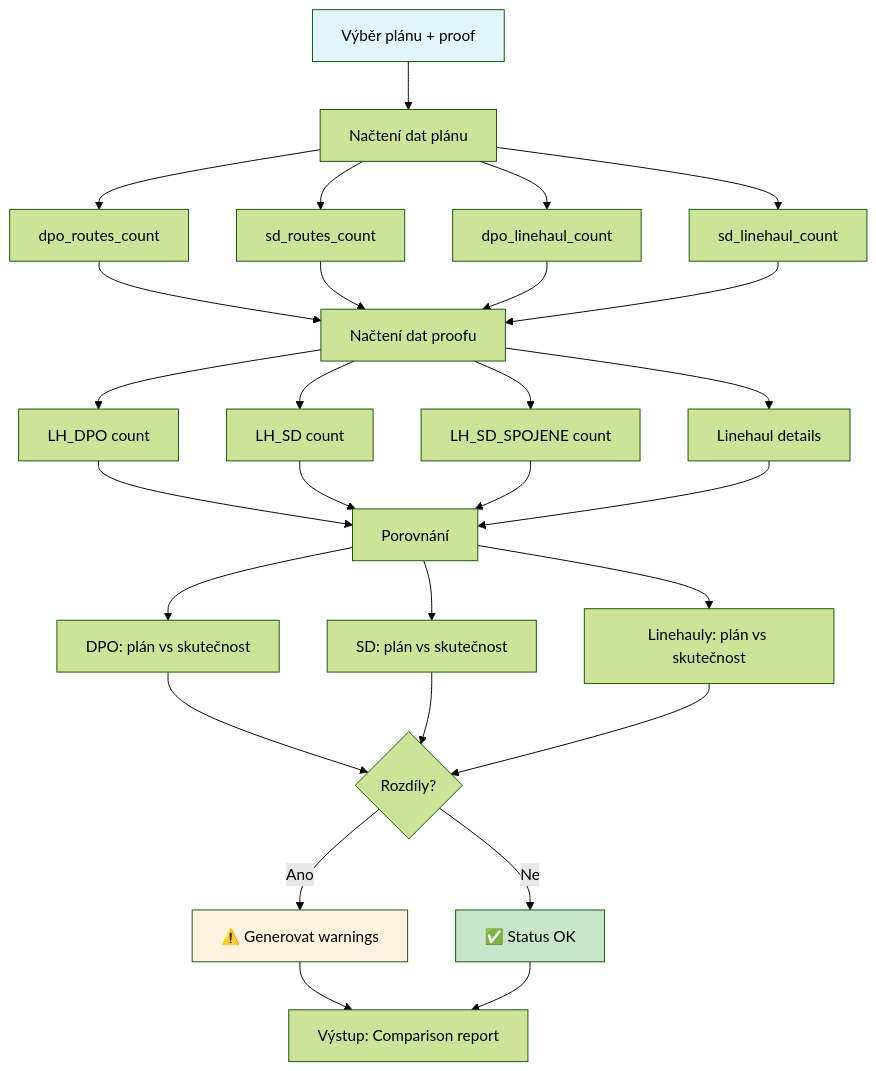
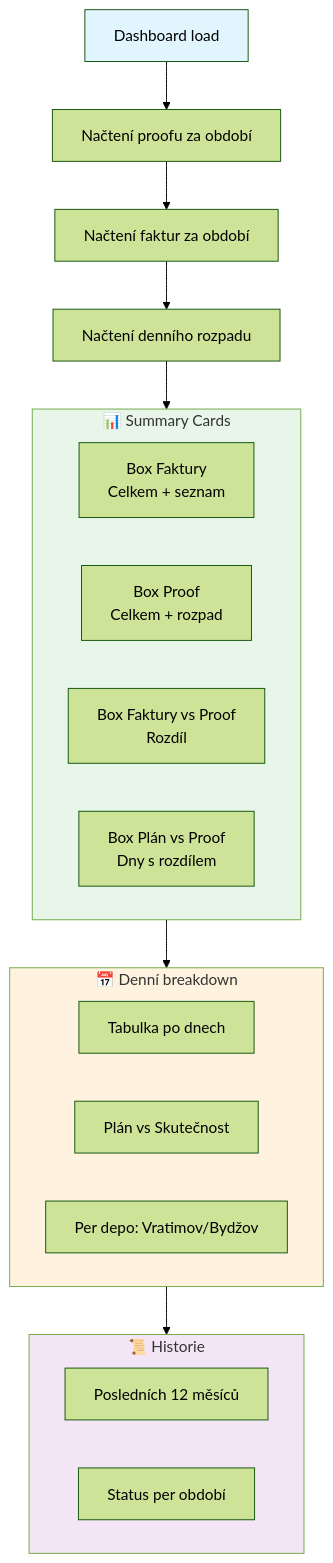
The seventh of 12 diagrams in docs/DIAGRAMS_APP.md (JakubKrejcir/alza-cost-control), drawn with Mermaid (forest theme) before and after one commit. The commit also changed other lines of this file and 13 other files, not shown here.

````diff
--- a/docs/DIAGRAMS_APP.md
+++ b/docs/DIAGRAMS_APP.md
@@ -128,26 +188,35 @@
 ```mermaid
 flowchart TD
-    A[Výběr plánu + proof] --> B[Načtení dat plánu]
-    B --> B1[dpo_routes_count]
-    B --> B2[sd_routes_count]
-    B --> B3[dpo_linehaul_count]
-    B --> B4[sd_linehaul_count]
-    B1 & B2 & B3 & B4 --> C[Načtení dat proofu]
-    C --> C1[LH_DPO count]
-    C --> C2[LH_SD count]
-    C --> C3[LH_SD_SPOJENE count]
-    C --> C4[Linehaul details]
-    C1 & C2 & C3 & C4 --> D[Porovnání]
-    D --> D1[DPO: plán vs skutečnost]
-    D --> D2[SD: plán vs skutečnost]
-    D --> D3[Linehauly: plán vs skutečnost]
-    D1 & D2 & D3 --> E{Rozdíly?}
-    E -->|Ano| F[⚠️ Generovat warnings]
-    E -->|Ne| G[✅ Status OK]
-    F --> H[Výstup: Comparison report]
-    G --> H
+    A[Dashboard load] --> B[Načtení proofu za období]
+    B --> C[Načtení faktur za období]
+    C --> D[Načtení denního rozpadu]
+    
+    subgraph CARDS ["📊 Summary Cards"]
+        E1[Box Faktury<br/>Celkem + seznam]
+        E2[Box Proof<br/>Celkem + rozpad]
+        E3[Box Faktury vs Proof<br/>Rozdíl]
+        E4[Box Plán vs Proof<br/>Dny s rozdílem]
+    end
+    
+    D --> CARDS
+    
+    subgraph TABLE ["📅 Denní breakdown"]
+        F1[Tabulka po dnech]
+        F2[Plán vs Skutečnost]
+        F3[Per depo: Vratimov/Bydžov]
+    end
+    
+    CARDS --> TABLE
+    
+    subgraph HISTORY ["📜 Historie"]
+        G1[Posledních 12 měsíců]
+        G2[Status per období]
+    end
+    
+    TABLE --> HISTORY
     
     style A fill:#e1f5fe
-    style F fill:#fff3e0
-    style G fill:#c8e6c9
+    style CARDS fill:#e8f5e9
+    style TABLE fill:#fff3e0
+    style HISTORY fill:#f3e5f5
 ```
````
